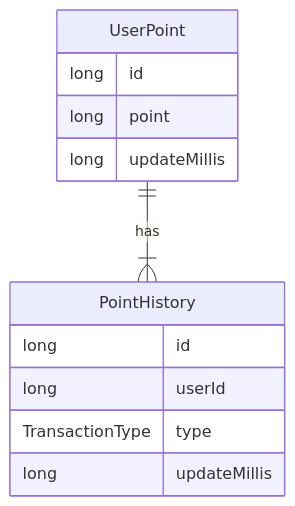
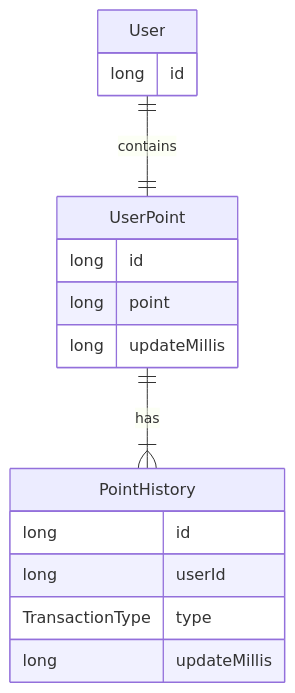
One commit to pbg0205/hhplus-tdd-java changed the diagram in documentation/ERD.md. Above: the diagram before and after it, drawn with Mermaid.

Commit message:
docs: ERD User 엔티티 업데이트

````diff
--- a/documentation/ERD.md
+++ b/documentation/ERD.md
@@ -5,15 +5,19 @@
 ```mermaid
 erDiagram
+    User ||--|| UserPoint: contains
+    User {
+        long id
+    }
     UserPoint ||--|{ PointHistory : has
     UserPoint {
         long id
         long point
         long updateMillis
     }
     PointHistory {
         long id
         long userId
         TransactionType type
         long updateMillis
     }
 ```
````
